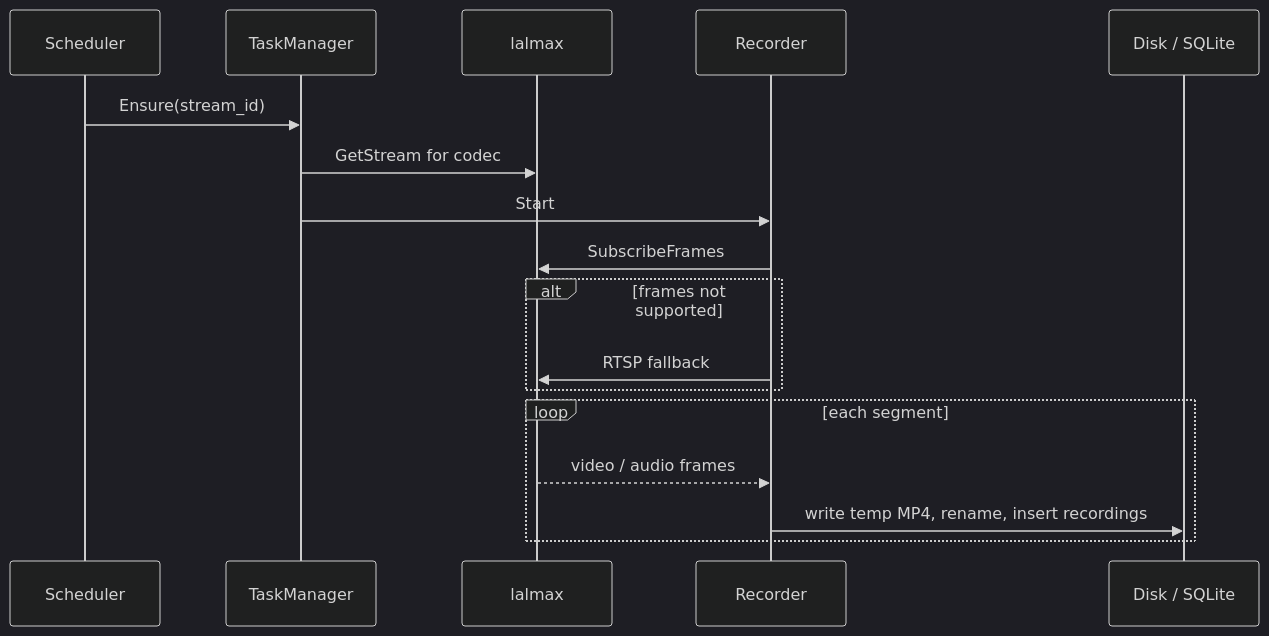
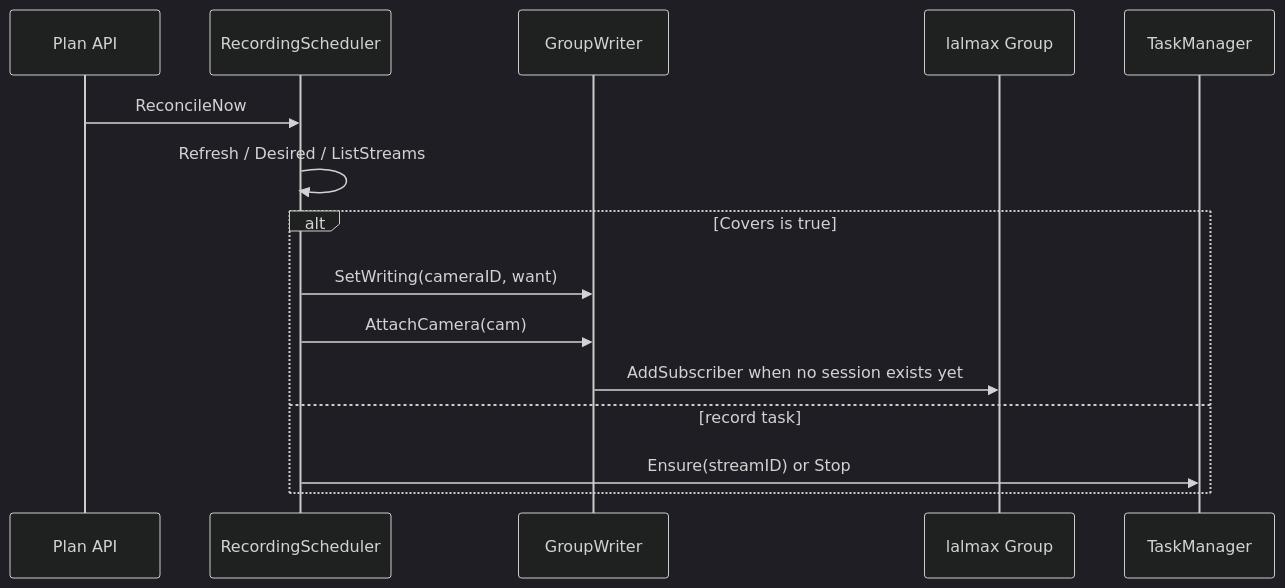
One commit to lalmax-pro/lalmax-nvr changed the second of 2 diagrams in docs/en/recording-flow.md. Above: the diagram before and after it, drawn with Mermaid (dark theme). The commit also changed other lines of this file and 4 other files, not shown here.

First line of the commit message:
docs: describe the lalmax group recording flow

````diff
--- a/docs/en/recording-flow.md
+++ b/docs/en/recording-flow.md
@@ -71,20 +186,18 @@
 ```mermaid
 sequenceDiagram
-  participant Sched as Scheduler
+  participant API as Plan API
+  participant Sched as RecordingScheduler
+  participant GW as GroupWriter
+  participant Group as lalmax Group
   participant Task as TaskManager
-  participant Lal as lalmax
-  participant Rec as Recorder
-  participant DB as Disk / SQLite
 
-  Sched->>Task: Ensure(stream_id)
-  Task->>Lal: GetStream for codec
-  Task->>Rec: Start
-  Rec->>Lal: SubscribeFrames
-  alt frames not supported
-    Rec->>Lal: RTSP fallback
-  end
-  loop each segment
-    Lal-->>Rec: video / audio frames
-    Rec->>DB: write temp MP4, rename, insert recordings
+  API->>Sched: ReconcileNow
+  Sched->>Sched: Refresh / Desired / ListStreams
+  alt Covers is true
+    Sched->>GW: SetWriting(cameraID, want)
+    Sched->>GW: AttachCamera(cam)
+    GW->>Group: AddSubscriber when no session exists yet
+  else record task
+    Sched->>Task: Ensure(streamID) or Stop
   end
 ```
````
